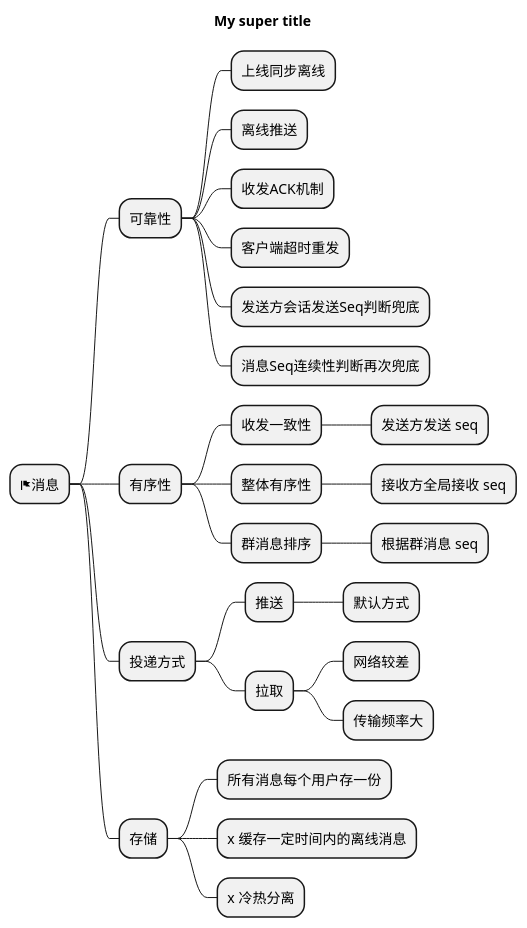
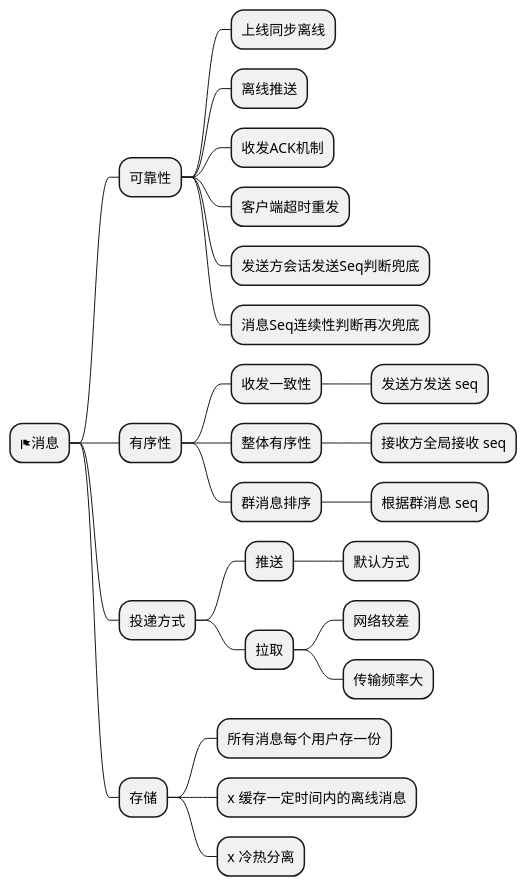
One commit to glide-im/glide-im changed the diagram in doc/puml/arch/message_feature.puml. Above: the diagram before and after it, drawn with PlantUML. The commit also changed 5 other files, not shown here.

```diff
--- a/doc/puml/arch/message_feature.puml
+++ b/doc/puml/arch/message_feature.puml
@@ -1,32 +1,30 @@
 @startmindmap
 'https://plantuml.com/mindmap-diagram
-
-title My super title
 
 * <&flag>消息
     ** 可靠性
         *** 上线同步离线
         *** 离线推送
         *** 收发ACK机制
         *** 客户端超时重发
         *** 发送方会话发送Seq判断兜底
         *** 消息Seq连续性判断再次兜底
     ** 有序性
         *** 收发一致性
             **** 发送方发送 seq
         *** 整体有序性
             **** 接收方全局接收 seq
         *** 群消息排序
             **** 根据群消息 seq
     ** 投递方式
         *** 推送
             **** 默认方式
         *** 拉取
             **** 网络较差
             **** 传输频率大
     ** 存储
         *** 所有消息每个用户存一份
         *** x 缓存一定时间内的离线消息
         *** x 冷热分离
 
 @endmindmap
```
